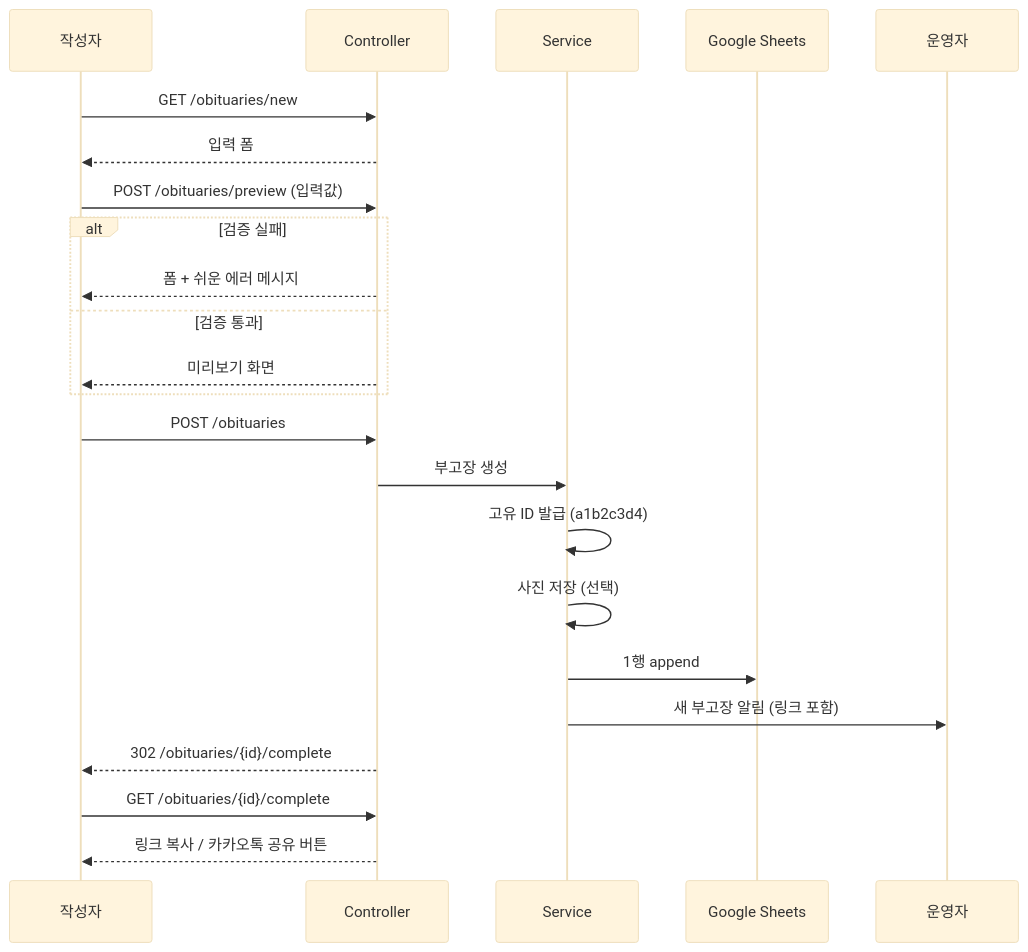
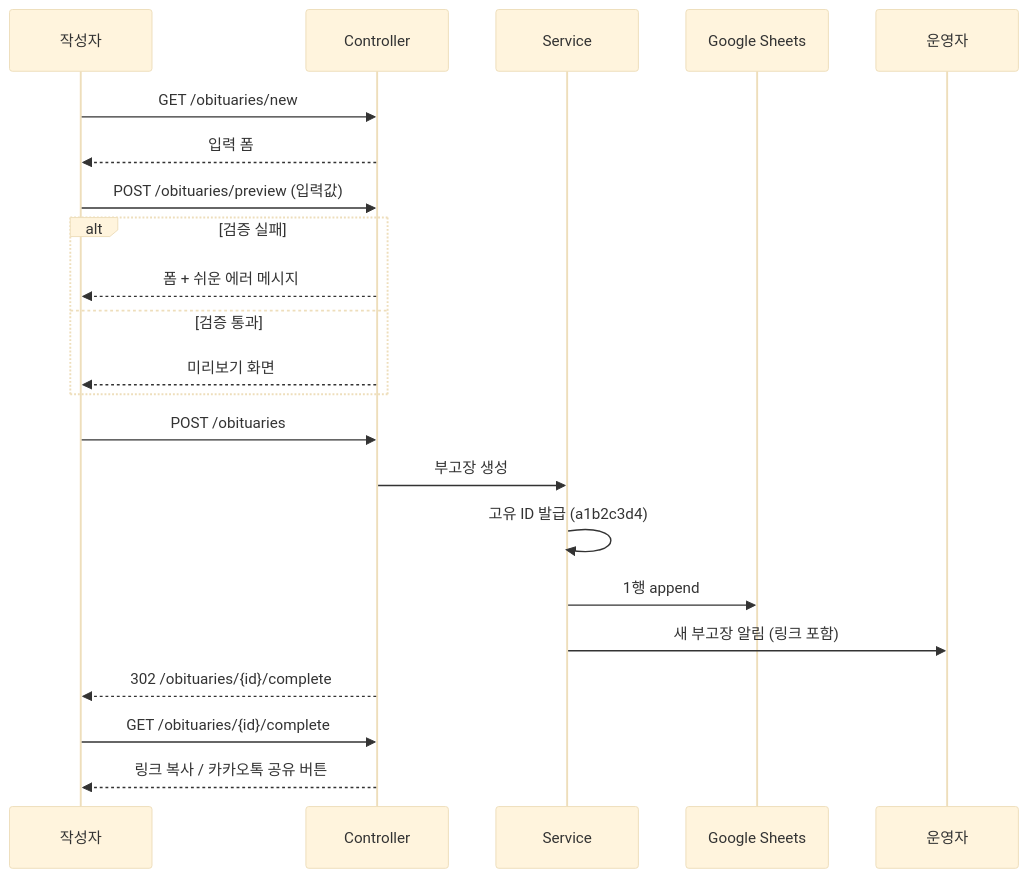
The second of 4 diagrams in docs/architecture.md (Choiulmu/obituary_maker), drawn with Mermaid (base theme) before and after one commit. The commit also changed other lines of this file and 2 other files, not shown here.

````diff
--- a/docs/architecture.md
+++ b/docs/architecture.md
@@ -94,29 +91,28 @@
 ```mermaid
 sequenceDiagram
     participant U as 작성자
     participant C as Controller
     participant S as Service
     participant G as Google Sheets
     participant A as 운영자
 
     U->>C: GET /obituaries/new
     C-->>U: 입력 폼
 
     U->>C: POST /obituaries/preview (입력값)
     alt 검증 실패
         C-->>U: 폼 + 쉬운 에러 메시지
     else 검증 통과
         C-->>U: 미리보기 화면
     end
 
     U->>C: POST /obituaries
     C->>S: 부고장 생성
     S->>S: 고유 ID 발급 (a1b2c3d4)
-    S->>S: 사진 저장 (선택)
     S->>G: 1행 append
     S->>A: 새 부고장 알림 (링크 포함)
     C-->>U: 302 /obituaries/{id}/complete
 
     U->>C: GET /obituaries/{id}/complete
     C-->>U: 링크 복사 / 카카오톡 공유 버튼
 ```
````
